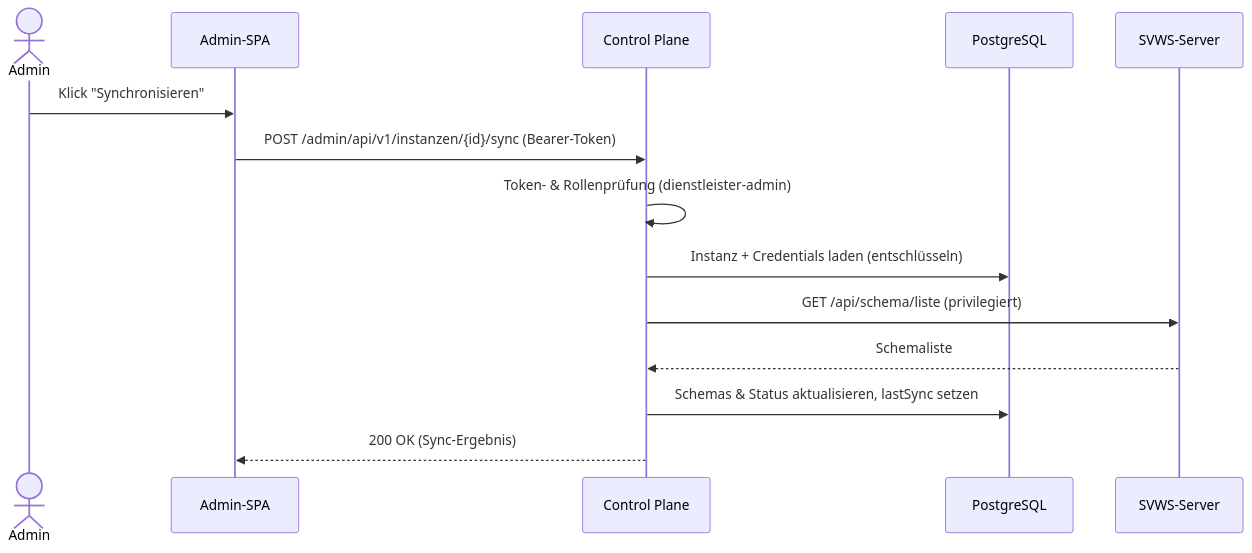
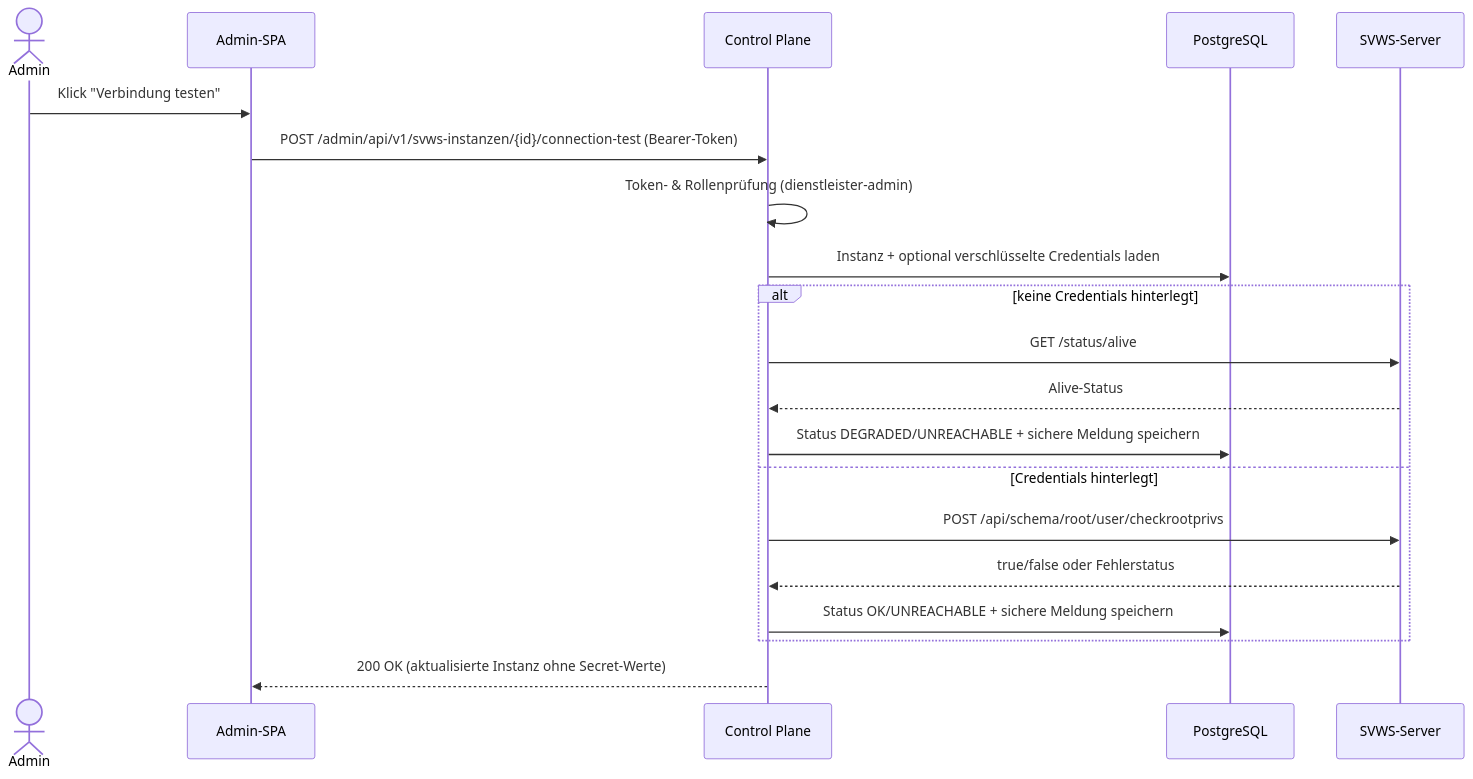
Before and after one commit to FPfotenhauer/SVWS-EduGate: the fourth of 6 diagrams in architecture/ARCHITECTURE.md, drawn with Mermaid. The commit also changed other lines of this file and 8 other files, not shown here.

````diff
--- a/architecture/ARCHITECTURE.md
+++ b/architecture/ARCHITECTURE.md
@@ -207,17 +218,23 @@
 ```mermaid
 sequenceDiagram
     actor Admin
     participant SPA as Admin-SPA
     participant CP as Control Plane
     participant PG as PostgreSQL
     participant SVWS as SVWS-Server
 
-    Admin->>SPA: Klick "Synchronisieren"
-    SPA->>CP: POST /admin/api/v1/instanzen/{id}/sync (Bearer-Token)
+    Admin->>SPA: Klick "Verbindung testen"
+    SPA->>CP: POST /admin/api/v1/svws-instanzen/{id}/connection-test (Bearer-Token)
     CP->>CP: Token- & Rollenprüfung (dienstleister-admin)
-    CP->>PG: Instanz + Credentials laden (entschlüsseln)
-    CP->>SVWS: GET /api/schema/liste (privilegiert)
-    SVWS-->>CP: Schemaliste
-    CP->>PG: Schemas & Status aktualisieren, lastSync setzen
-    CP-->>SPA: 200 OK (Sync-Ergebnis)
+    CP->>PG: Instanz + optional verschlüsselte Credentials laden
+    alt keine Credentials hinterlegt
+        CP->>SVWS: GET /status/alive
+        SVWS-->>CP: Alive-Status
+        CP->>PG: Status DEGRADED/UNREACHABLE + sichere Meldung speichern
+    else Credentials hinterlegt
+        CP->>SVWS: POST /api/schema/root/user/checkrootprivs
+        SVWS-->>CP: true/false oder Fehlerstatus
+        CP->>PG: Status OK/UNREACHABLE + sichere Meldung speichern
+    end
+    CP-->>SPA: 200 OK (aktualisierte Instanz ohne Secret-Werte)
 ```
````
